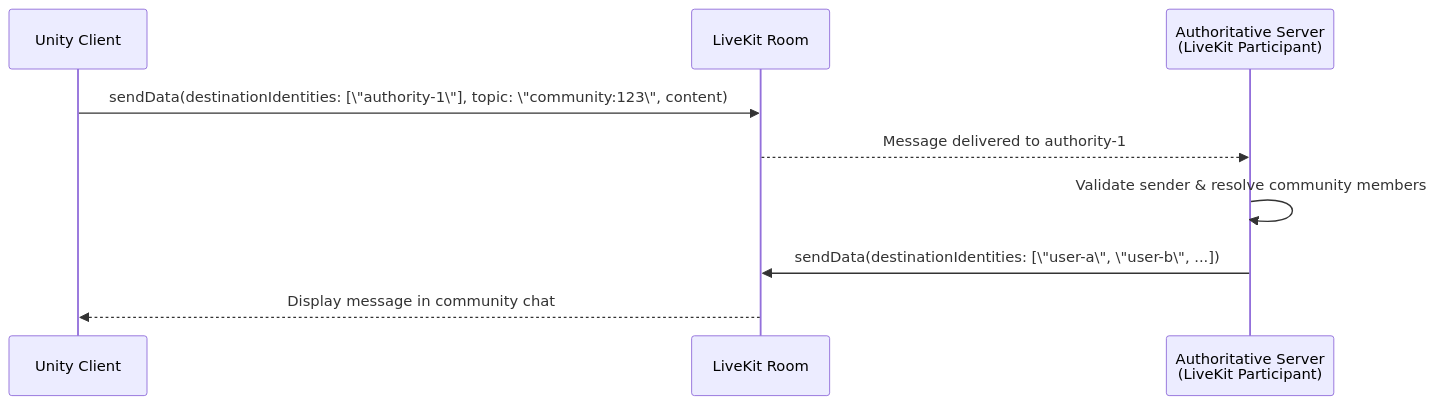
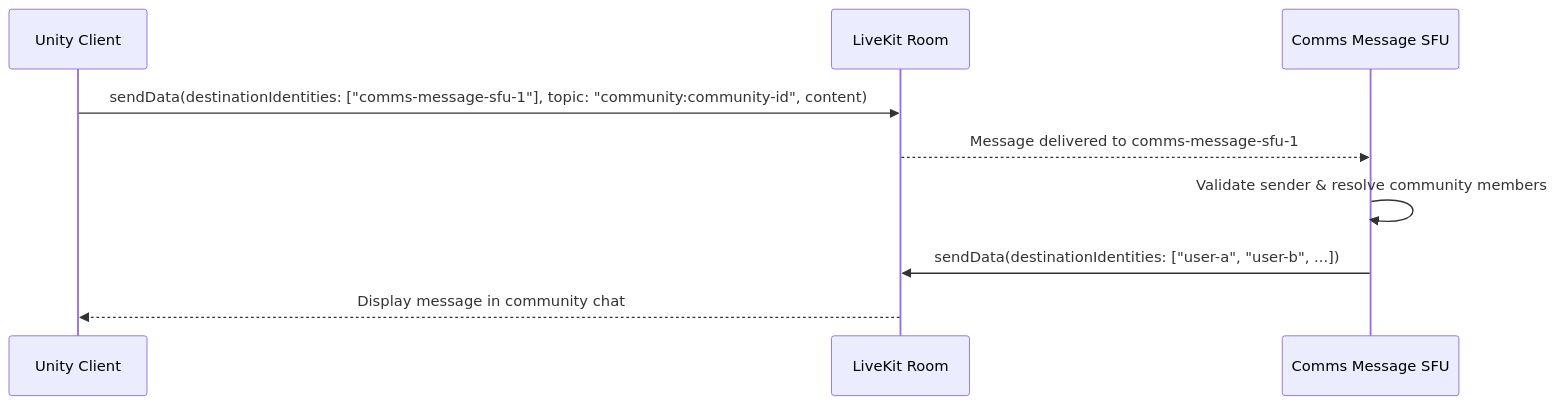
The diagram in README.md (decentraland/comms-message-sfu), drawn with Mermaid before and after one commit.

Commit message:
chore: Enhance diagram

````diff
--- a/README.md
+++ b/README.md
@@ -37,12 +37,12 @@
 ```mermaid
 sequenceDiagram
     participant UnityClient as Unity Client
     participant LiveKit as LiveKit Room
-    participant Authority as Authoritative Server<br/>(LiveKit Participant)
+    participant SFU as Comms Message SFU
 
-    UnityClient->>LiveKit: sendData(destinationIdentities: [\"authority-1\"], topic: \"community:123\", content)
-    LiveKit-->>Authority: Message delivered to authority-1
-    Authority->>Authority: Validate sender & resolve community members
-    Authority->>LiveKit: sendData(destinationIdentities: [\"user-a\", \"user-b\", ...])
+    UnityClient->>LiveKit: sendData(destinationIdentities: ["comms-message-sfu-1"], topic: "community:community-id", content)
+    LiveKit-->>SFU: Message delivered to comms-message-sfu-1
+    SFU->>SFU: Validate sender & resolve community members
+    SFU->>LiveKit: sendData(destinationIdentities: ["user-a", "user-b", ...])
     LiveKit-->>UnityClient: Display message in community chat
 ```
````
